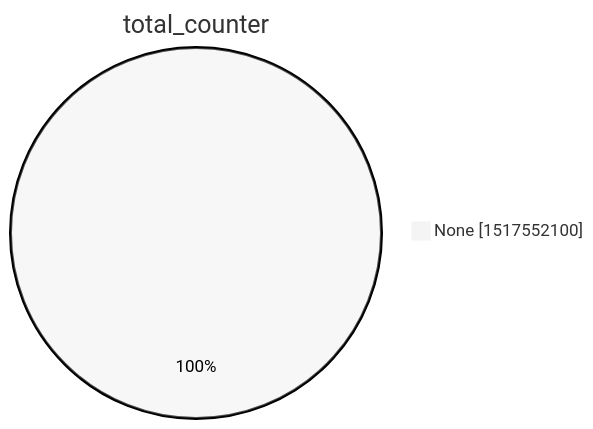
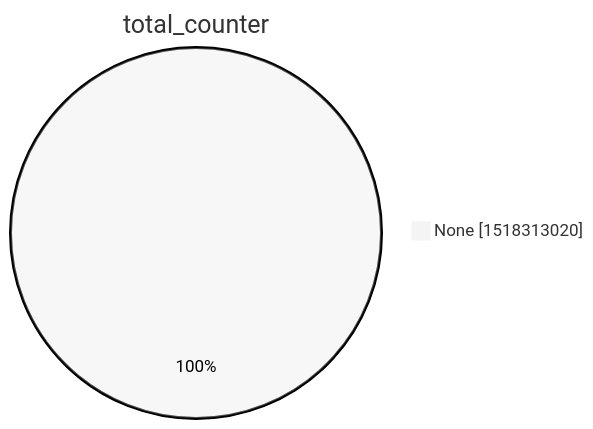
Before and after one commit to christiankrug/ctmonitor_visualization: the second of 15 diagrams in xenon2022/README.md, drawn with Mermaid (neutral theme). The commit also changed other lines of this file, not shown here.

````diff
--- a/xenon2022/README.md
+++ b/xenon2022/README.md
@@ -9,5 +9,5 @@
 ```mermaid
 pie showData
 title total_counter
-"None" :1517552100
+"None" :1518313020
 ```
````
